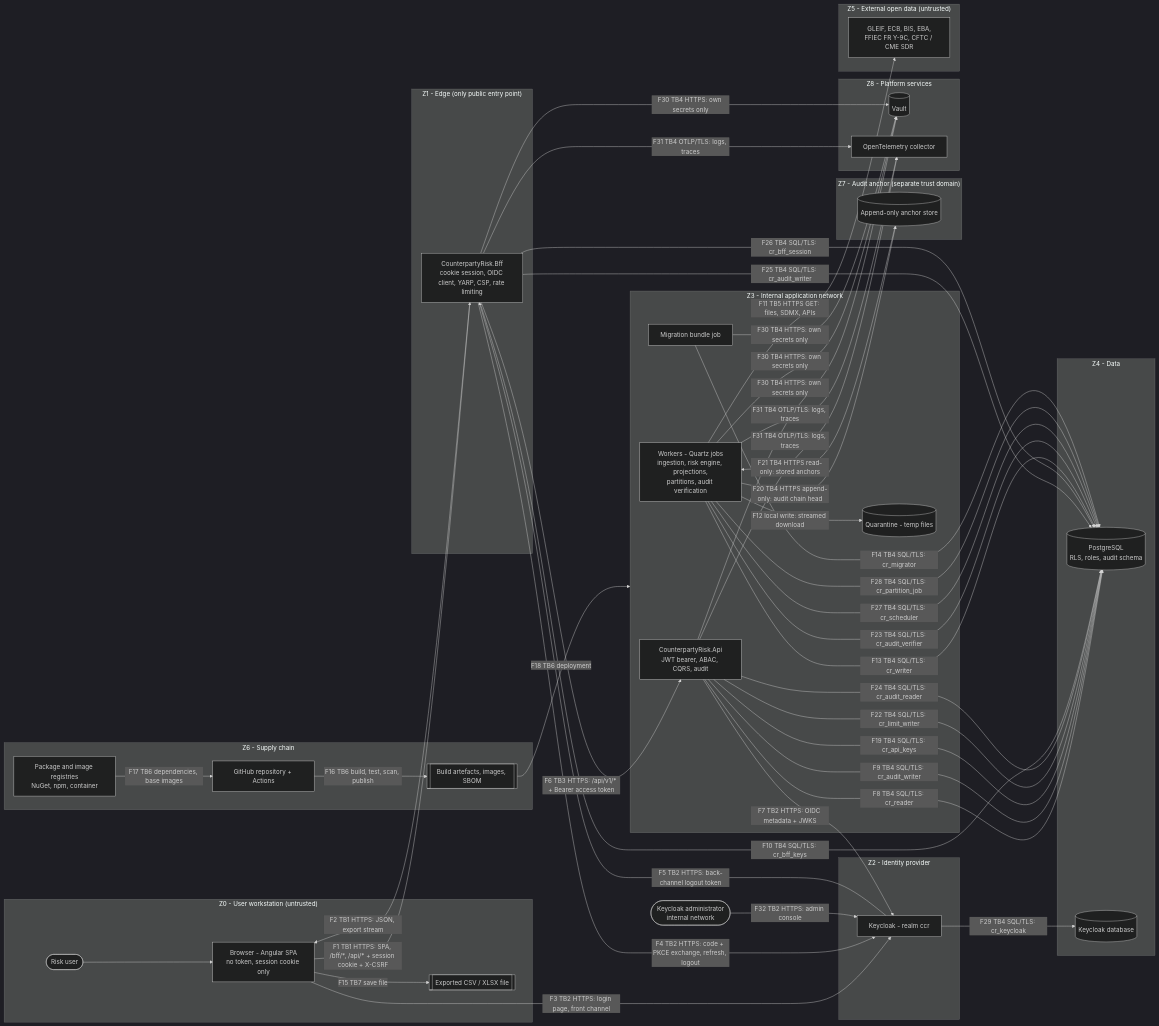
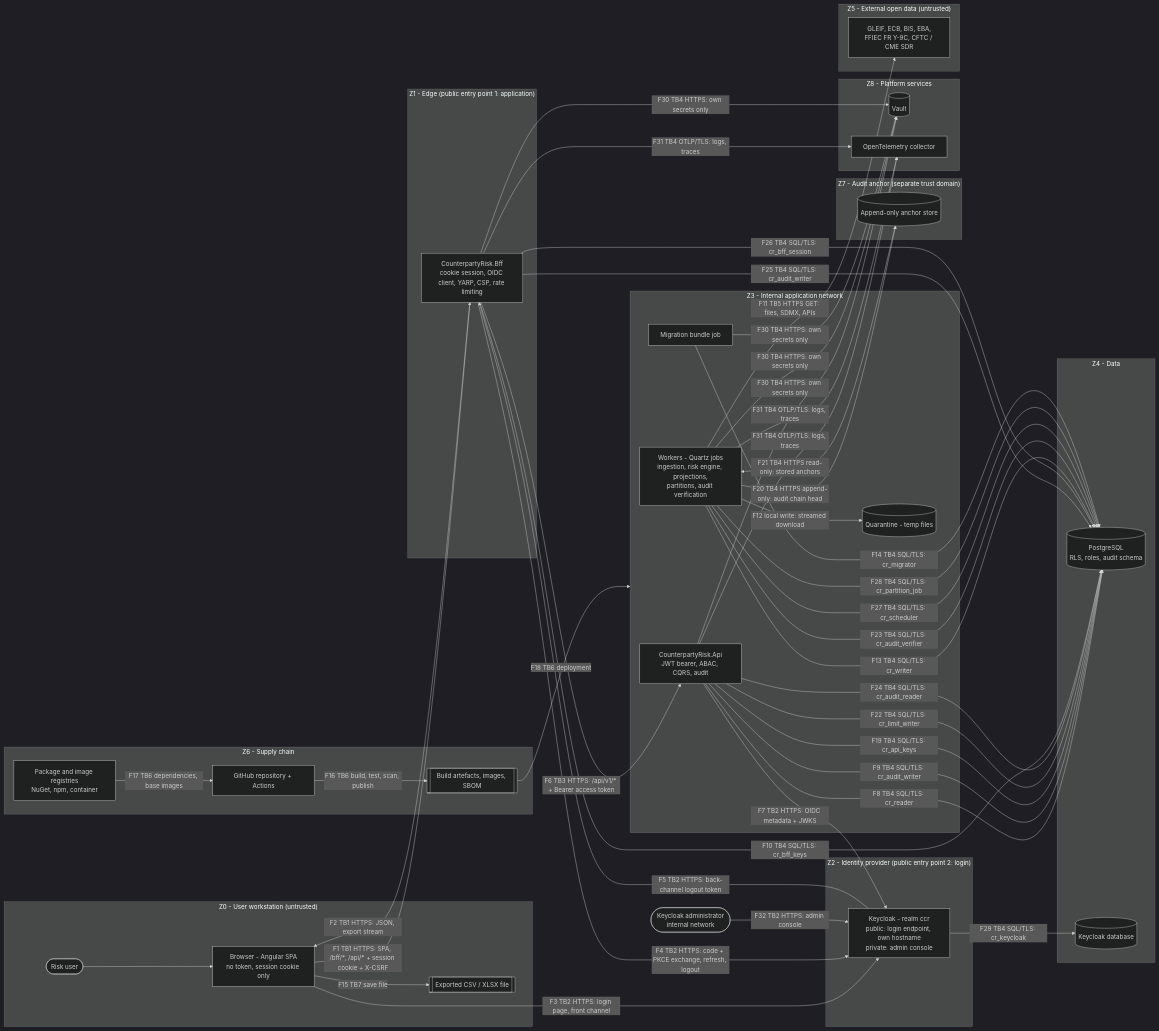
Before and after one commit to Yvahajatiana/counterparty-risk: the diagram in docs/security/data-flow.md, drawn with Mermaid (dark theme). The commit also changed other lines of this file and 1 other file, not shown here.

First line of the commit message:
docs(security): document the Keycloak login endpoint as second public entry point (#4)

```diff
--- a/docs/security/data-flow.md
+++ b/docs/security/data-flow.md
@@ -19,12 +19,12 @@
     XF[["Exported CSV / XLSX file"]]
   end
 
-  subgraph Z1["Z1 - Edge (only public entry point)"]
+  subgraph Z1["Z1 - Edge (public entry point 1: application)"]
     BFF["CounterpartyRisk.Bff<br/>cookie session, OIDC client, YARP, CSP, rate limiting"]
   end
 
-  subgraph Z2["Z2 - Identity provider"]
-    KC["Keycloak - realm ccr"]
+  subgraph Z2["Z2 - Identity provider (public entry point 2: login)"]
+    KC["Keycloak - realm ccr<br/>public: login endpoint, own hostname<br/>private: admin console"]
   end
 
   subgraph Z3["Z3 - Internal application network"]
```
